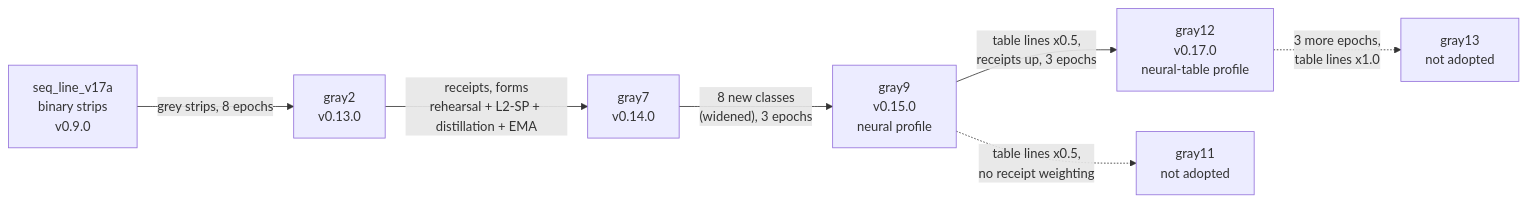
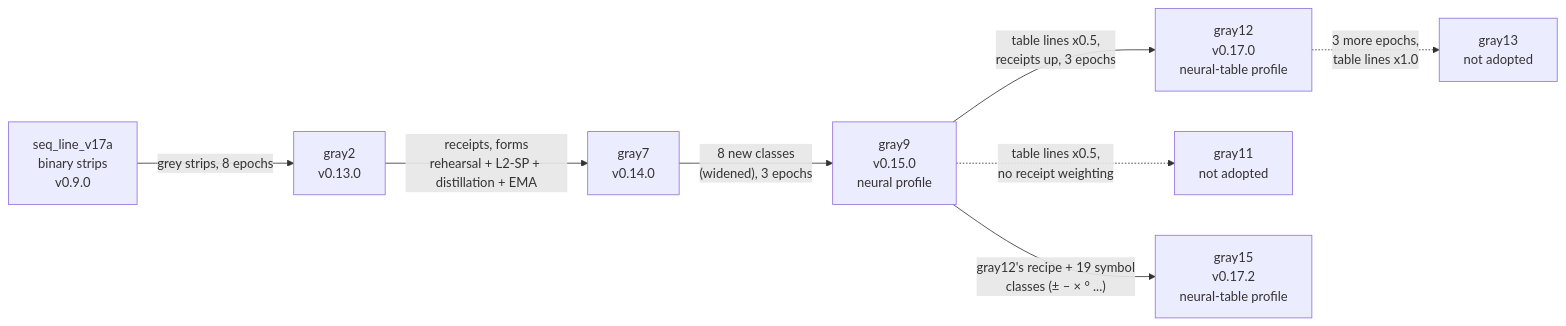
One commit to msharpe248/mlws-ocr changed the diagram in docs/NEURAL_NETWORK_THEORY.md. Above: the diagram before and after it, drawn with Mermaid. The commit also changed other lines of this file and 23 other files, not shown here.

````diff
--- a/docs/NEURAL_NETWORK_THEORY.md
+++ b/docs/NEURAL_NETWORK_THEORY.md
@@ -494,9 +494,10 @@
 ```mermaid
 flowchart LR
     v17a["seq_line_v17a<br/>binary strips<br/>v0.9.0"] -->|grey strips, 8 epochs| g2["gray2<br/>v0.13.0"]
     g2 -->|"receipts, forms<br/>rehearsal + L2-SP + distillation + EMA"| g7["gray7<br/>v0.14.0"]
     g7 -->|"8 new classes<br/>(widened), 3 epochs"| g9["gray9<br/>v0.15.0<br/>neural profile"]
     g9 -->|"table lines x0.5,<br/>receipts up, 3 epochs"| g12["gray12<br/>v0.17.0<br/>neural-table profile"]
     g9 -.->|"table lines x0.5,<br/>no receipt weighting"| g11["gray11<br/>not adopted"]
     g12 -.->|"3 more epochs,<br/>table lines x1.0"| g13["gray13<br/>not adopted"]
+    g9 -->|"gray12's recipe + 19 symbol<br/>classes (± – × ° ...)"| g15["gray15<br/>v0.17.2<br/>neural-table profile"]
 ```
````
